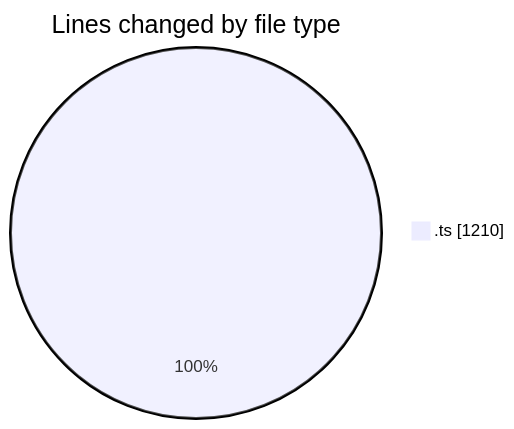
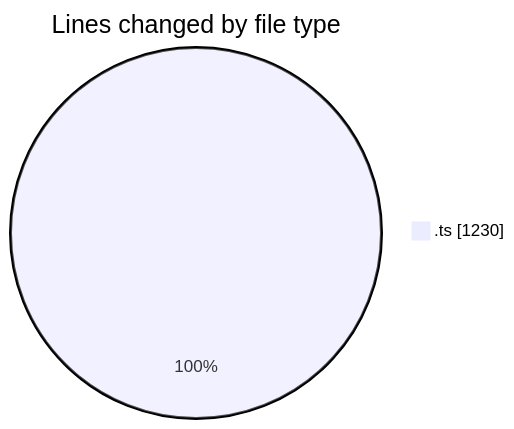
The first of 2 diagrams in 2025-06-24/cda/README.md (momahboobian/code-tracking), drawn with Mermaid before and after one commit. The commit also changed other lines of this file and 1 other file, not shown here.

````diff
--- a/2025-06-24/cda/README.md
+++ b/2025-06-24/cda/README.md
@@ -21,5 +21,5 @@
 ```mermaid
 pie showData
 title Lines changed by file type
-".ts" : 1210
+".ts" : 1230
 ```
````
